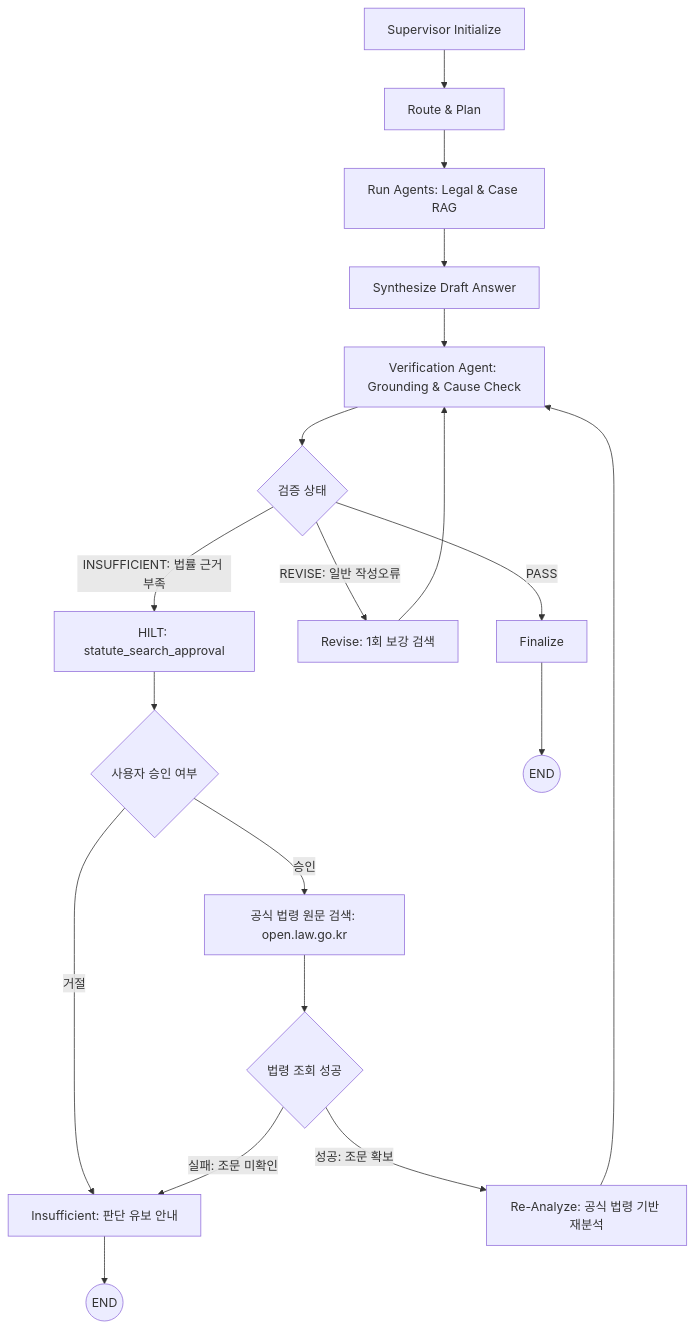
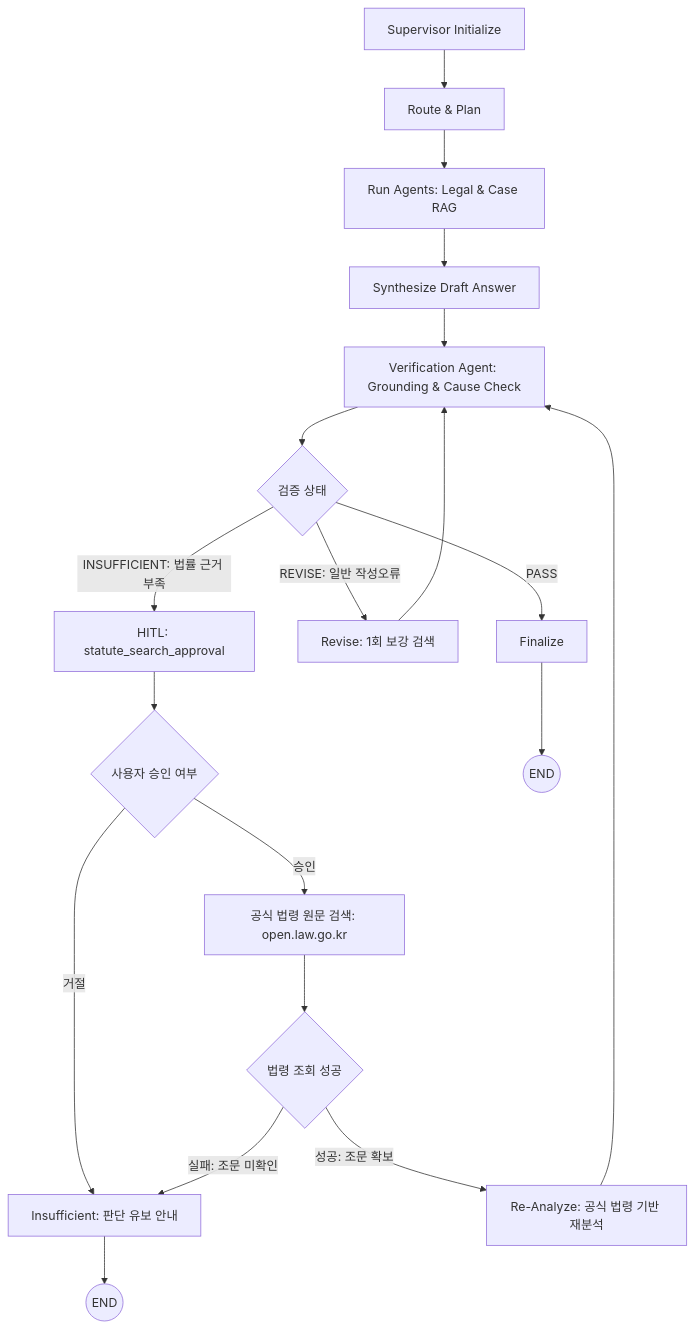
Before and after one commit to yjjungyo/ai-legal-helper: the diagram in docs/development/p4-1-hilt-statute-search/01-architecture-analysis.md, drawn with Mermaid. The commit also changed other lines of this file, not shown here.

Commit message:
docs: correct HILT/Hilt/hilt spelling to HITL/Hitl/hitl

````diff
--- a/docs/development/p4-1-hilt-statute-search/01-architecture-analysis.md
+++ b/docs/development/p4-1-hilt-statute-search/01-architecture-analysis.md
@@ -37,21 +37,21 @@
 ```mermaid
 flowchart TD
     A[Supervisor Initialize] --> B[Route & Plan]
     B --> C[Run Agents: Legal & Case RAG]
     C --> D[Synthesize Draft Answer]
     D --> E[Verification Agent: Grounding & Cause Check]
     E --> F{검증 상태}
     F -->|PASS| Z[Finalize]
     F -->|REVISE: 일반 작성오류| G[Revise: 1회 보강 검색]
     G --> E
-    F -->|INSUFFICIENT: 법률 근거 부족| H[HILT: statute_search_approval]
+    F -->|INSUFFICIENT: 법률 근거 부족| H[HITL: statute_search_approval]
     H --> I{사용자 승인 여부}
     I -->|승인| J[공식 법령 원문 검색: open.law.go.kr]
     I -->|거절| K[Insufficient: 판단 유보 안내]
     J --> L{법령 조회 성공}
     L -->|성공: 조문 확보| M[Re-Analyze: 공식 법령 기반 재분석]
     M --> E
     L -->|실패: 조문 미확인| K
     K --> END1((END))
     Z --> END2((END))
 ```
````
